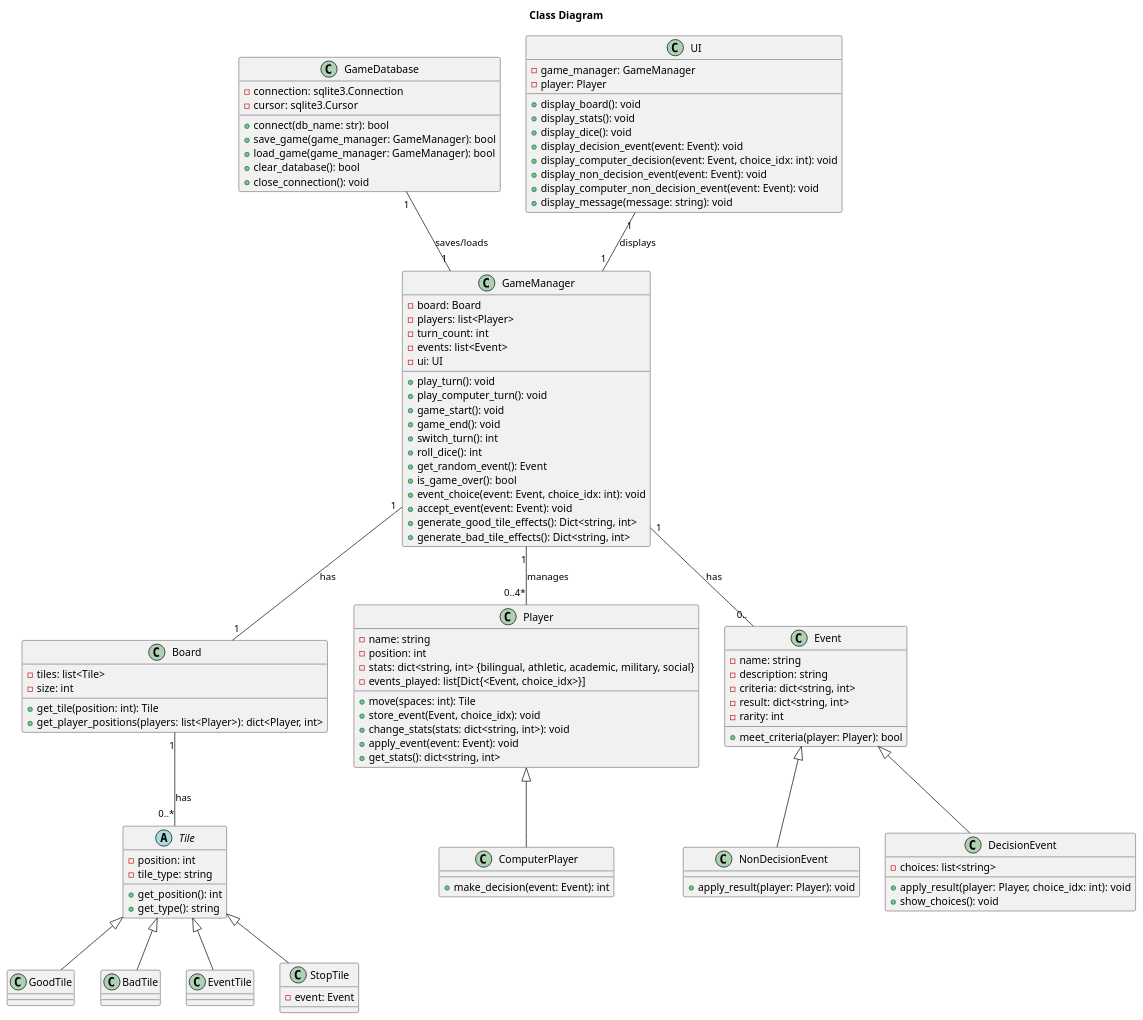
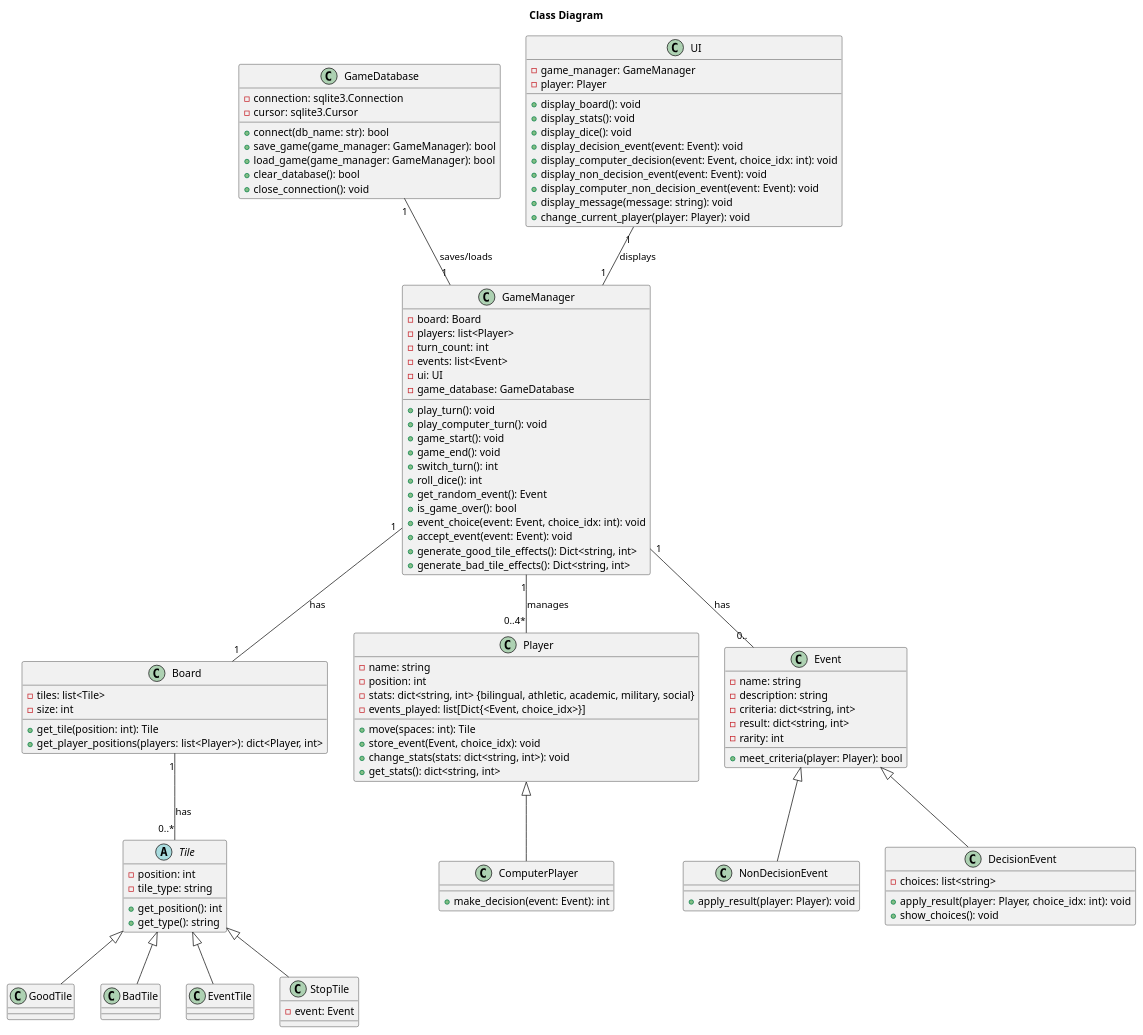
Before and after one commit to CSE-362-2025/BoardGameProject: the diagram in diagrams/class_diagram.puml, drawn with PlantUML. The commit also changed 7 other files, not shown here.

```diff
--- a/diagrams/class_diagram.puml
+++ b/diagrams/class_diagram.puml
@@ -1,150 +1,151 @@
 @startuml class_diagram
 title "Class Diagram"
 ' skinparam shadowing false
 ' skinparam classAttributeIconSize 0
 
 class GameDatabase {
     
     - connection: sqlite3.Connection
     - cursor: sqlite3.Cursor
 
     + connect(db_name: str): bool
     + save_game(game_manager: GameManager): bool
     + load_game(game_manager: GameManager): bool
     + clear_database(): bool
     + close_connection(): void
 
 }
 
 class Board {
 
     - tiles: list<Tile>
     - size: int
 
     + get_tile(position: int): Tile
     + get_player_positions(players: list<Player>): dict<Player, int>
 }
 
 abstract class Tile {
 
     - position: int
     - tile_type: string
 
     + get_position(): int
     + get_type(): string
 }
 
 class GoodTile {
 }
 
 class BadTile {
 }
 
 class EventTile {
 }
 
 class StopTile {
     - event: Event
 
 }
 
 class Player {
 
     - name: string
     - position: int
     - stats: dict<string, int> {bilingual, athletic, academic, military, social}
     - events_played: list[Dict{<Event, choice_idx>}]
 
     + move(spaces: int): Tile
     + store_event(Event, choice_idx): void
     + change_stats(stats: dict<string, int>): void
-    + apply_event(event: Event): void
     + get_stats(): dict<string, int>
 
 }
 
 class ComputerPlayer {
 
     + make_decision(event: Event): int
 }
 
 class Event {
 
     - name: string
     - description: string
     - criteria: dict<string, int>
     - result: dict<string, int>
     - rarity: int
 
     + meet_criteria(player: Player): bool
 }
 
 class NonDecisionEvent {
 
     + apply_result(player: Player): void
 }
 
 class DecisionEvent {
     - choices: list<string>
 
     + apply_result(player: Player, choice_idx: int): void
     + show_choices(): void
 }
 
 
 class GameManager {
 
     - board: Board
     - players: list<Player>
     - turn_count: int
     - events: list<Event>
     - ui: UI
+    - game_database: GameDatabase
 
     + play_turn(): void
     + play_computer_turn(): void
     + game_start(): void
     + game_end(): void
     + switch_turn(): int
     + roll_dice(): int
     + get_random_event(): Event
     + is_game_over(): bool
     + event_choice(event: Event, choice_idx: int): void
     + accept_event(event: Event): void
     + generate_good_tile_effects(): Dict<string, int>
     + generate_bad_tile_effects(): Dict<string, int>
 }
 
 class UI {
 
     - game_manager: GameManager
     - player: Player
 
     + display_board(): void
     + display_stats(): void
     + display_dice(): void
     + display_decision_event(event: Event): void
     + display_computer_decision(event: Event, choice_idx: int): void
     + display_non_decision_event(event: Event): void
     + display_computer_non_decision_event(event: Event): void
     + display_message(message: string): void
+    + change_current_player(player: Player): void
 }
 
 
 ' Relationships
 
 Board "1" -- "0..*" Tile : "has"
 GameDatabase "1" -- "1" GameManager : "saves/loads"
 GameManager "1" -- "0..4*" Player : "manages"
 GameManager "1" -- "1" Board : "has"
 GameManager "1" -- "0.." Event : "has"
 UI "1" -- "1" GameManager : "displays"
 Tile <|-- GoodTile
 Tile <|-- BadTile
 Tile <|-- EventTile
 Tile <|-- StopTile
 Event <|-- NonDecisionEvent
 Event <|-- DecisionEvent
 Player <|-- ComputerPlayer
 
 
 @enduml
```
